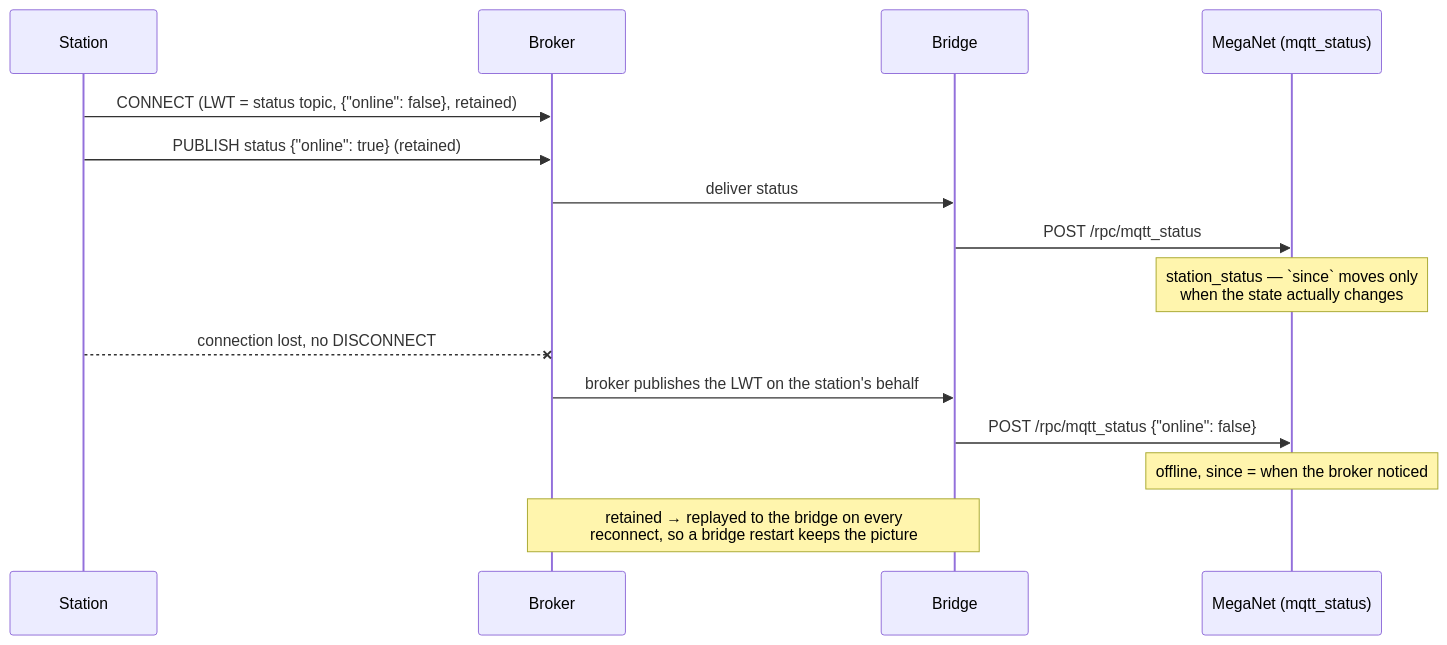
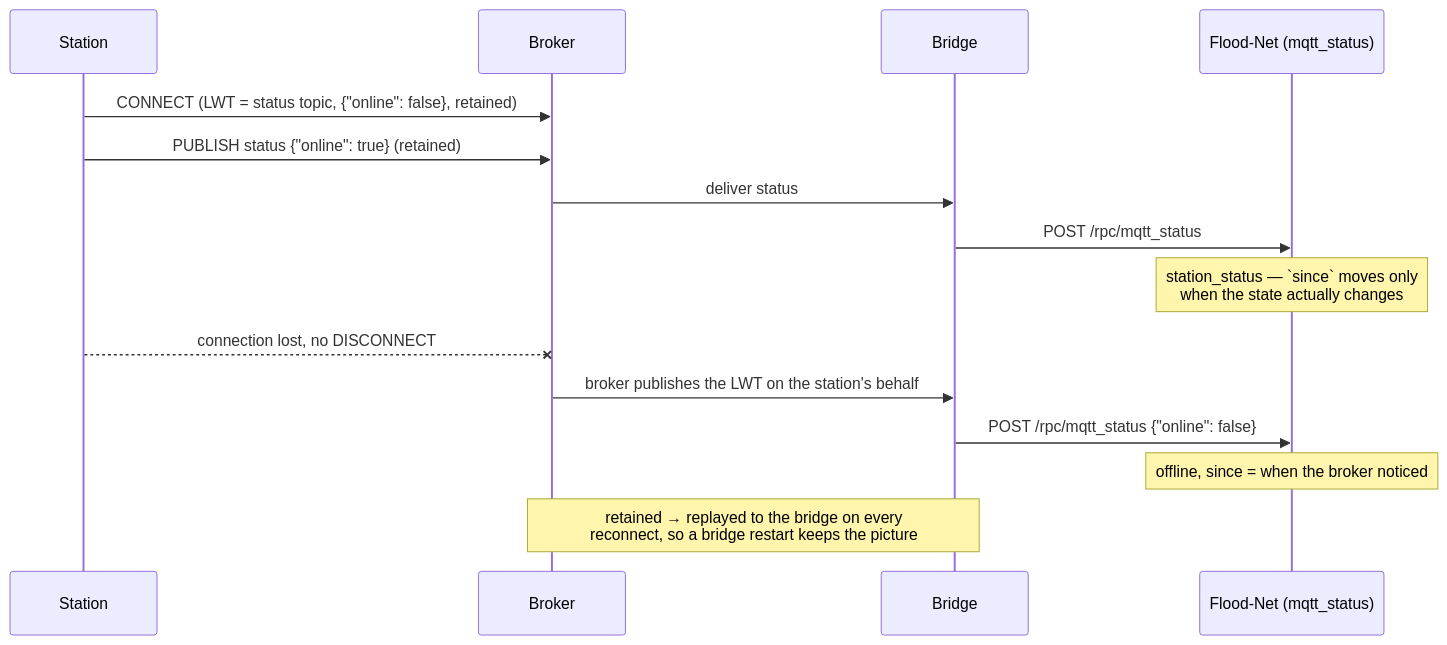
The second of 2 diagrams in docs/ingest-mqtt.md (cdomotor-g/MegaNet), drawn with Mermaid before and after one commit. The commit also changed other lines of this file and 105 other files, not shown here.

````diff
--- a/docs/ingest-mqtt.md
+++ b/docs/ingest-mqtt.md
@@ -253,18 +253,18 @@
 ```mermaid
 sequenceDiagram
     participant S as Station
     participant B as Broker
     participant G as Bridge
-    participant M as MegaNet (mqtt_status)
+    participant M as Flood-Net (mqtt_status)
 
     S->>B: CONNECT (LWT = status topic, {"online": false}, retained)
     S->>B: PUBLISH status {"online": true} (retained)
     B->>G: deliver status
     G->>M: POST /rpc/mqtt_status
     Note over M: station_status — `since` moves only<br/>when the state actually changes
     S--xB: connection lost, no DISCONNECT
     B->>G: broker publishes the LWT on the station's behalf
     G->>M: POST /rpc/mqtt_status {"online": false}
     Note over M: offline, since = when the broker noticed
     Note over B,G: retained → replayed to the bridge on every<br/>reconnect, so a bridge restart keeps the picture
 ```
````
